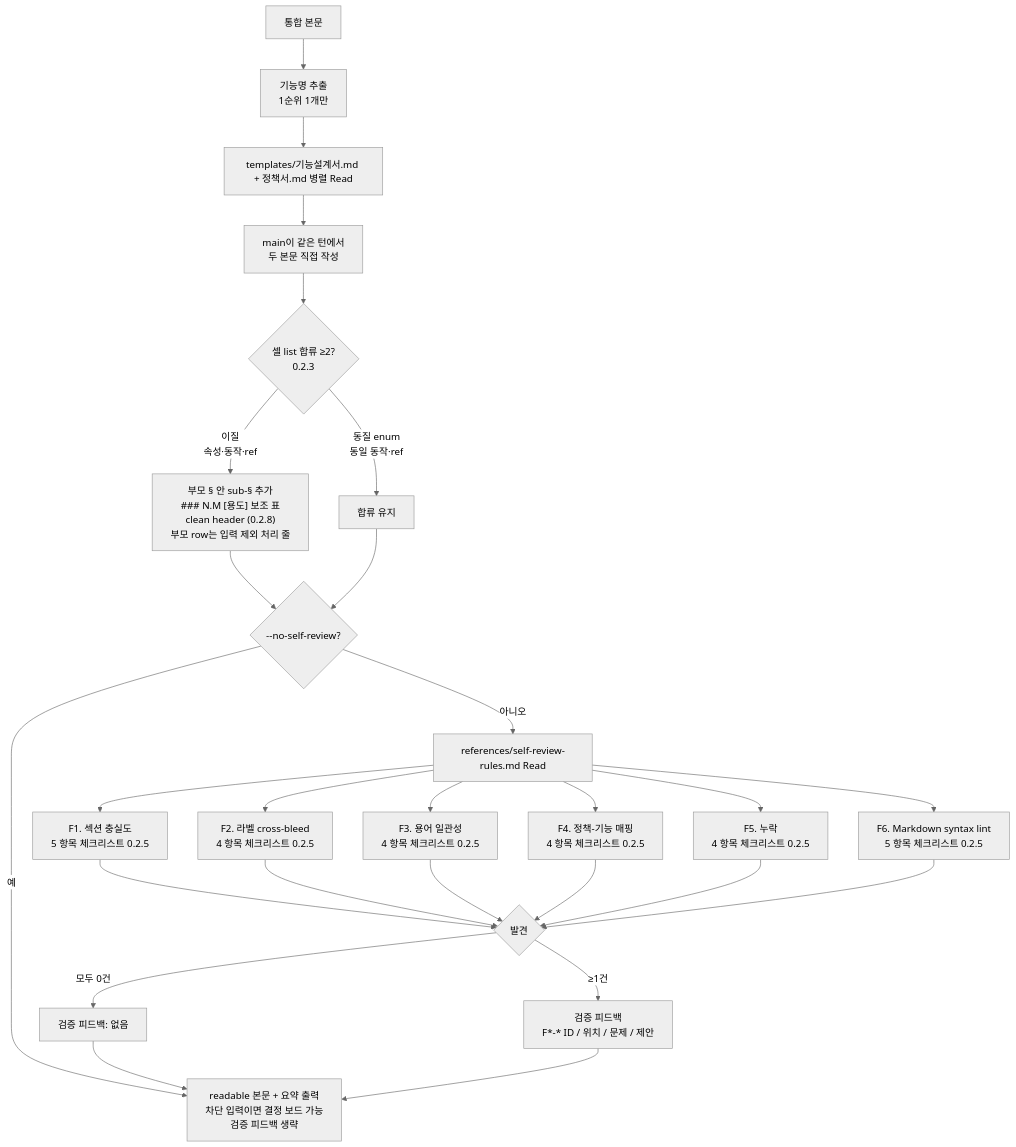
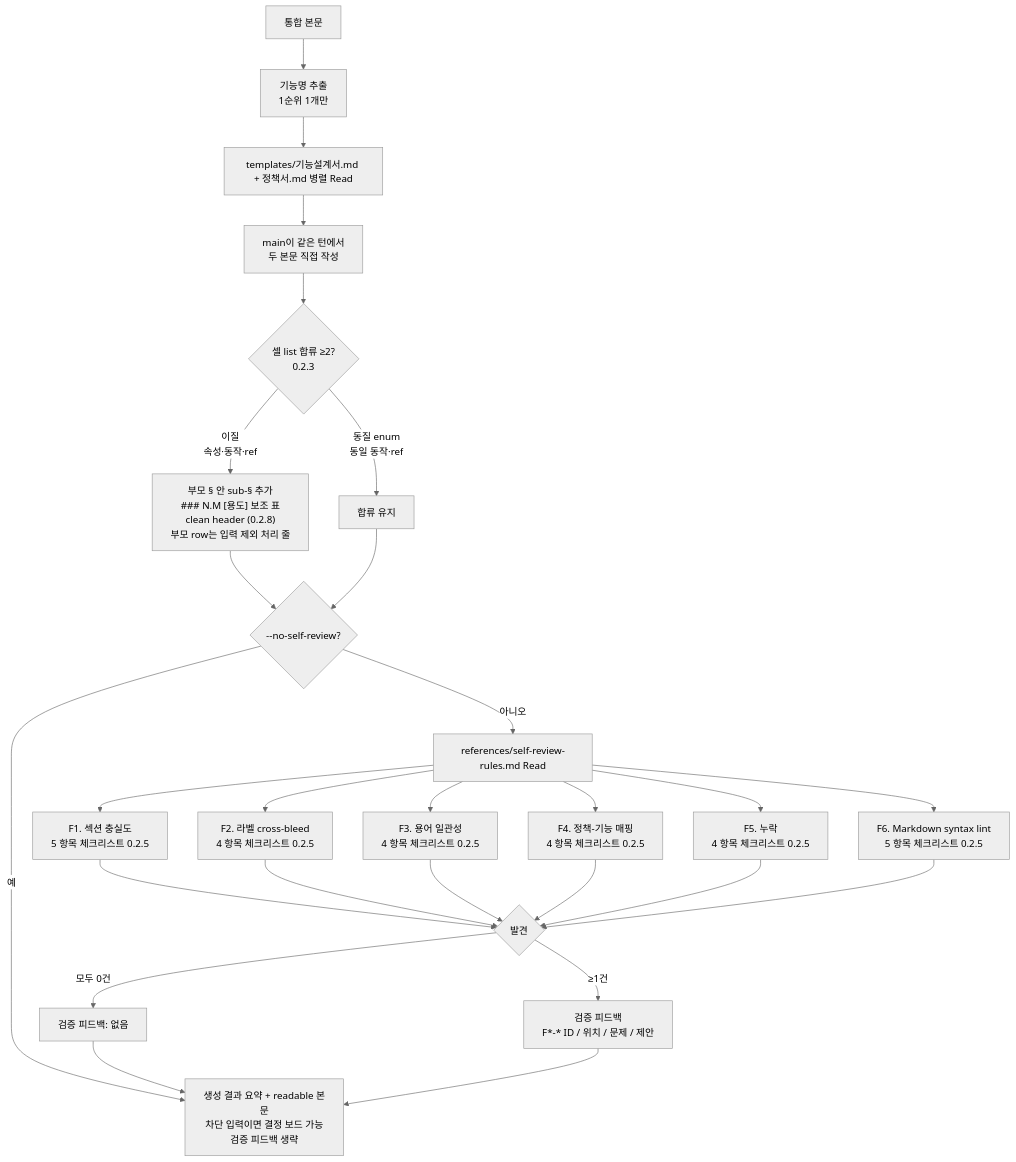
One commit to inkwonjung-colosseum/plugins changed the seventh of 11 diagrams in planning-kit/docs/planning-format-workflow.md. Above: the diagram before and after it, drawn with Mermaid (neutral theme). The commit also changed other lines of this file and 19 other files, not shown here.

````diff
--- a/planning-kit/docs/planning-format-workflow.md
+++ b/planning-kit/docs/planning-format-workflow.md
@@ -166,32 +167,32 @@
 ```mermaid
 flowchart TD
   CB[통합 본문] --> NA[기능명 추출<br/>1순위 1개만]
   NA --> RD[templates/기능설계서.md + 정책서.md 병렬 Read]
   RD --> WR[main이 같은 턴에서<br/>두 본문 직접 작성]
   WR --> LD{셀 list 합류 ≥2?<br/>0.2.3}
   LD -->|이질<br/>속성·동작·ref| AUX["부모 § 안 sub-§ 추가<br/>### N.M [용도] 보조 표<br/>clean header (0.2.8)<br/>부모 row는 입력 제외 처리 줄"]
   LD -->|동질 enum<br/>동일 동작·ref| KEEP[합류 유지]
   AUX --> NSR{--no-self-review?}
   KEEP --> NSR
-  NSR -->|예| OUT["readable 본문 + 요약 출력<br/>차단 입력이면 결정 보드 가능<br/>검증 피드백 생략"]
+  NSR -->|예| OUT["생성 결과 요약 + readable 본문<br/>차단 입력이면 결정 보드 가능<br/>검증 피드백 생략"]
   NSR -->|아니오| SR[references/self-review-rules.md Read]
 
   SR --> F1[F1. 섹션 충실도<br/>5 항목 체크리스트 0.2.5]
   SR --> F2[F2. 라벨 cross-bleed<br/>4 항목 체크리스트 0.2.5]
   SR --> F3[F3. 용어 일관성<br/>4 항목 체크리스트 0.2.5]
   SR --> F4[F4. 정책-기능 매핑<br/>4 항목 체크리스트 0.2.5]
   SR --> F5[F5. 누락<br/>4 항목 체크리스트 0.2.5]
   SR --> F6[F6. Markdown syntax lint<br/>5 항목 체크리스트 0.2.5]
 
   F1 --> RES{발견}
   F2 --> RES
   F3 --> RES
   F4 --> RES
   F5 --> RES
   F6 --> RES
   RES -->|모두 0건| PASS["검증 피드백: 없음"]
   RES -->|≥1건| FOUND["검증 피드백<br/>F*-* ID / 위치 / 문제 / 제안"]
 
   PASS --> OUT
   FOUND --> OUT
 ```
````
